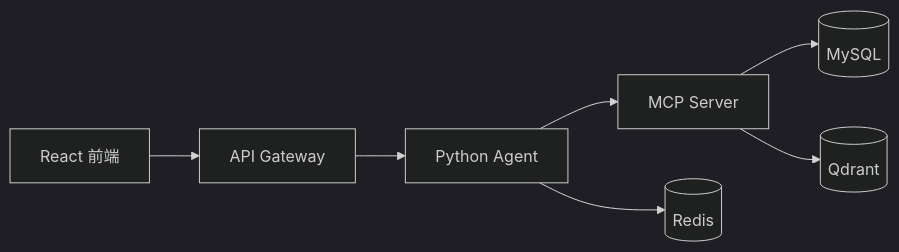
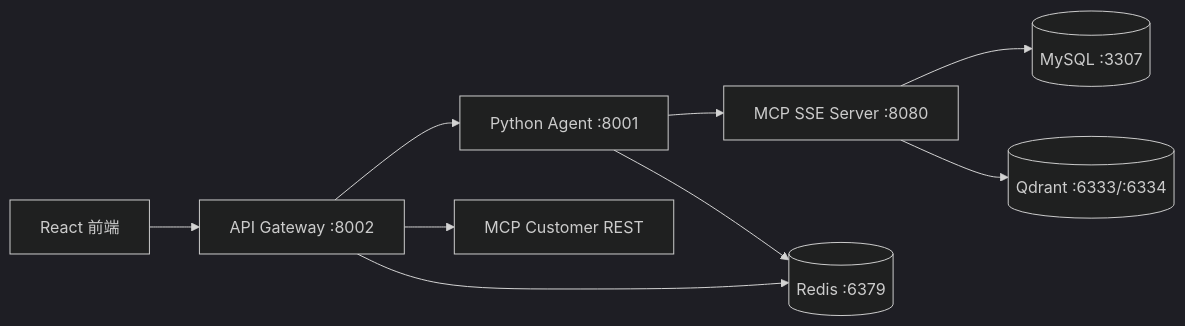
Before and after one commit to heiziiiii/digital-mall-agent: the diagram in README.md, drawn with Mermaid (dark theme). The commit also changed other lines of this file and 59 other files, not shown here.

````diff
--- a/README.md
+++ b/README.md
@@ -33,9 +38,11 @@
 ```mermaid
 graph LR
-    UI[React 前端] --> GW[API Gateway]
-    GW --> AGENT[Python Agent]
-    AGENT --> MCP[MCP Server]
-    MCP --> MYSQL[(MySQL)]
-    MCP --> QDRANT[(Qdrant)]
-    AGENT --> REDIS[(Redis)]
+    UI[React 前端] --> GW[API Gateway :8002]
+    GW --> AGENT[Python Agent :8001]
+    GW --> CUSTOMER[MCP Customer REST]
+    AGENT --> MCP[MCP SSE Server :8080]
+    MCP --> MYSQL[(MySQL :3307)]
+    MCP --> QDRANT[(Qdrant :6333/:6334)]
+    AGENT --> REDIS[(Redis :6379)]
+    GW --> REDIS
 ```
````
